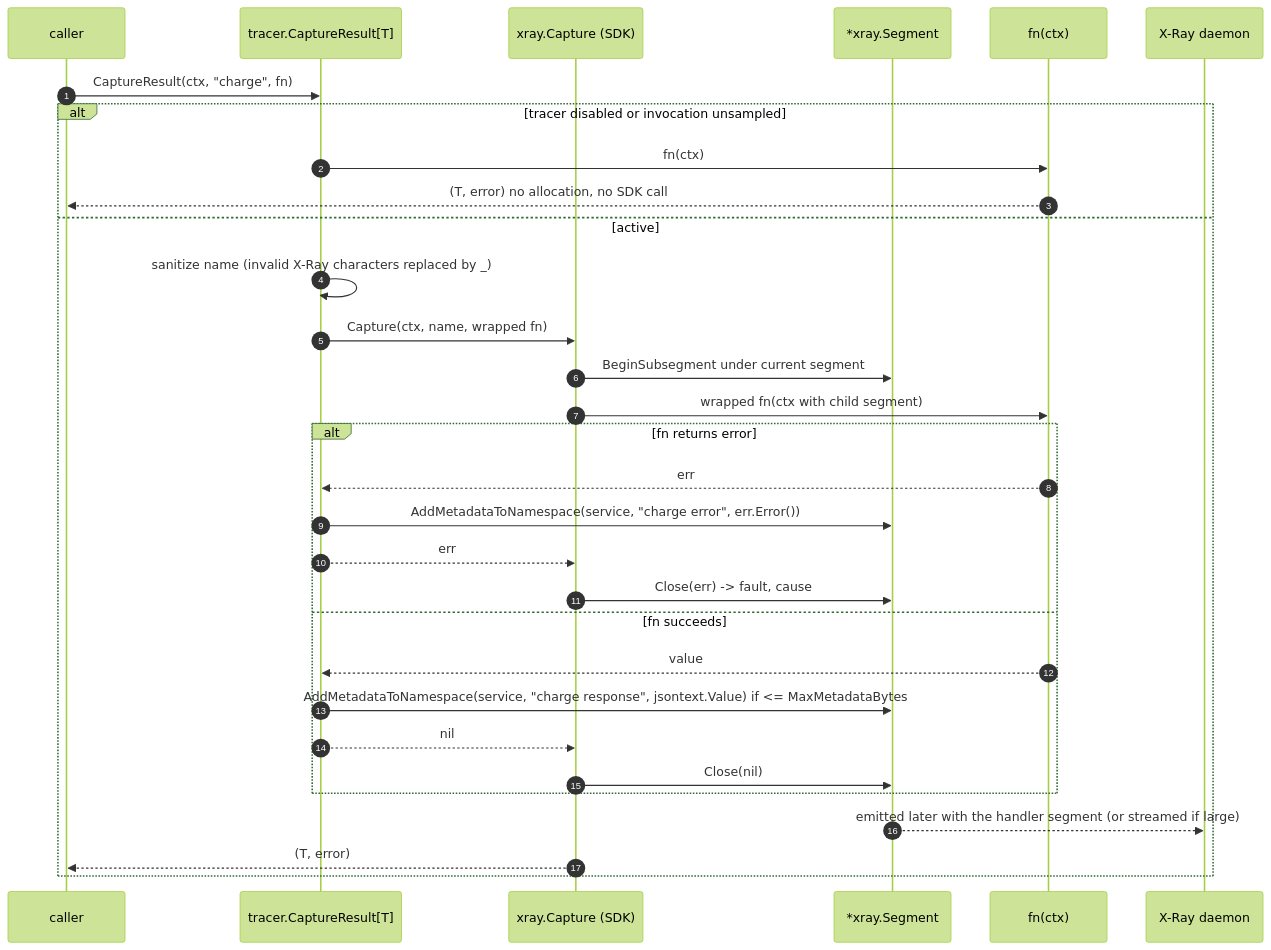
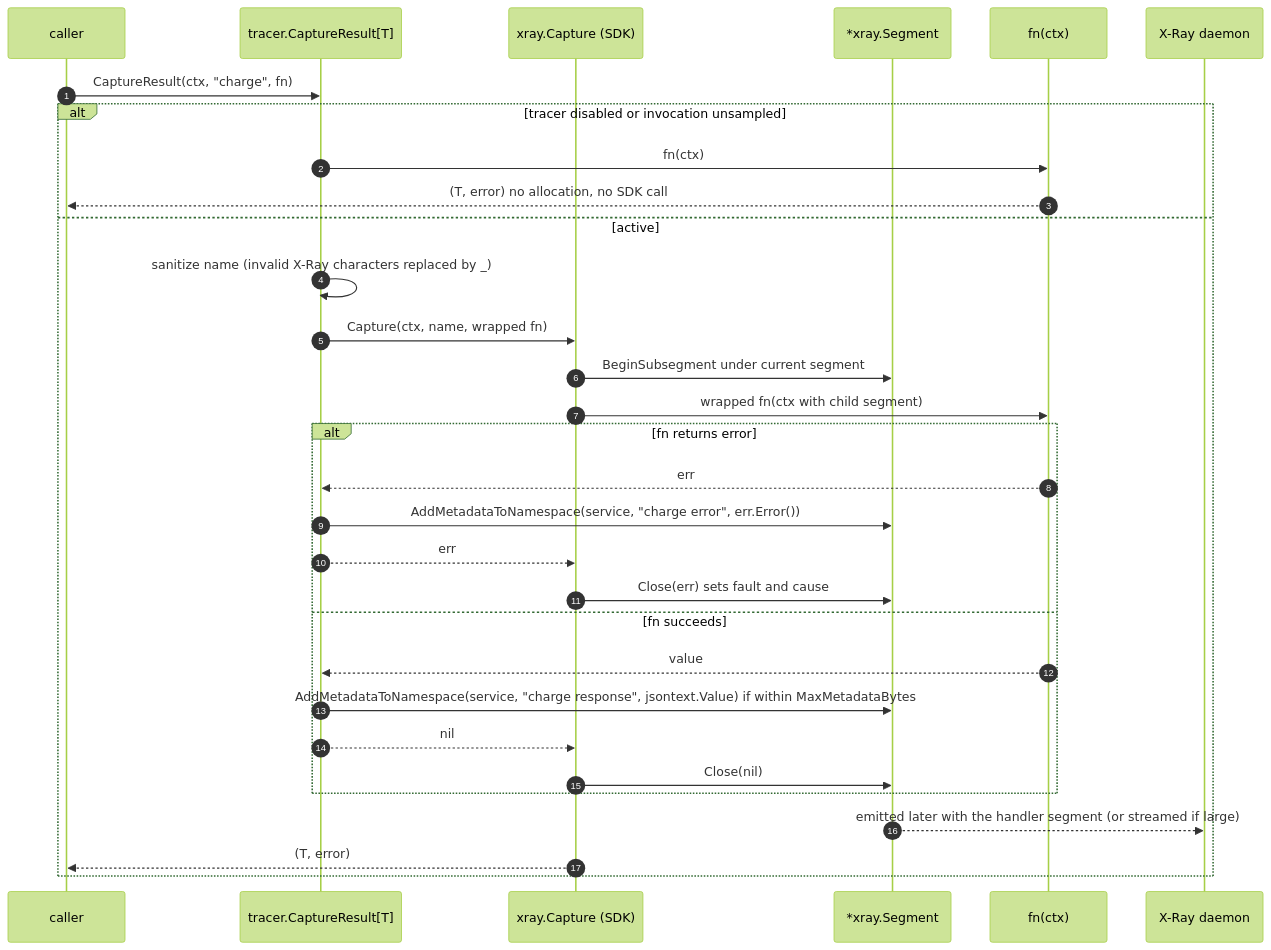
Before and after one commit to christiangda/powertools-lambda-go-plan: the third of 3 diagrams in 04-tracer.md, drawn with Mermaid (forest theme). The commit also changed other lines of this file and 6 other files, not shown here.

First line of the commit message:
Fix Mermaid diagrams for GitHub rendering

````diff
--- a/04-tracer.md
+++ b/04-tracer.md
@@ -188,33 +188,33 @@
 ```mermaid
 sequenceDiagram
   autonumber
   participant C as caller
   participant T as tracer.CaptureResult[T]
   participant X as xray.Capture (SDK)
   participant S as *xray.Segment
   participant F as fn(ctx)
   participant D as X-Ray daemon
   C->>T: CaptureResult(ctx, "charge", fn)
   alt tracer disabled or invocation unsampled
     T->>F: fn(ctx)
     F-->>C: (T, error)  no allocation, no SDK call
   else active
     T->>T: sanitize name (invalid X-Ray characters replaced by _)
     T->>X: Capture(ctx, name, wrapped fn)
     X->>S: BeginSubsegment under current segment
     X->>F: wrapped fn(ctx with child segment)
     alt fn returns error
       F-->>T: err
       T->>S: AddMetadataToNamespace(service, "charge error", err.Error())
       T-->>X: err
-      X->>S: Close(err) -> fault, cause
+      X->>S: Close(err) sets fault and cause
     else fn succeeds
       F-->>T: value
-      T->>S: AddMetadataToNamespace(service, "charge response", jsontext.Value) if <= MaxMetadataBytes
+      T->>S: AddMetadataToNamespace(service, "charge response", jsontext.Value) if within MaxMetadataBytes
       T-->>X: nil
       X->>S: Close(nil)
     end
     S-->>D: emitted later with the handler segment (or streamed if large)
     X-->>C: (T, error)
   end
 ```
````
